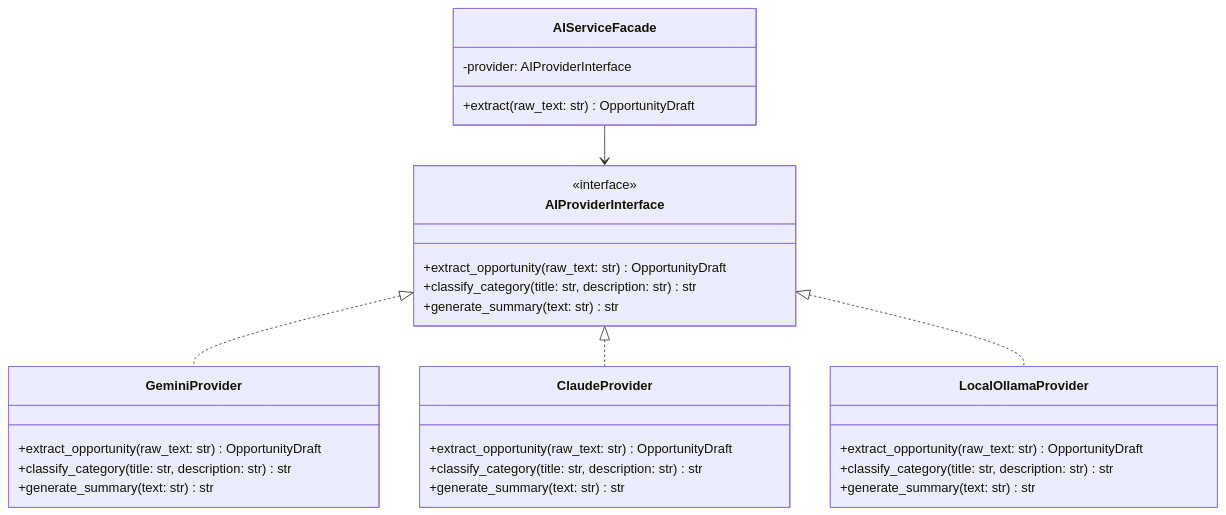
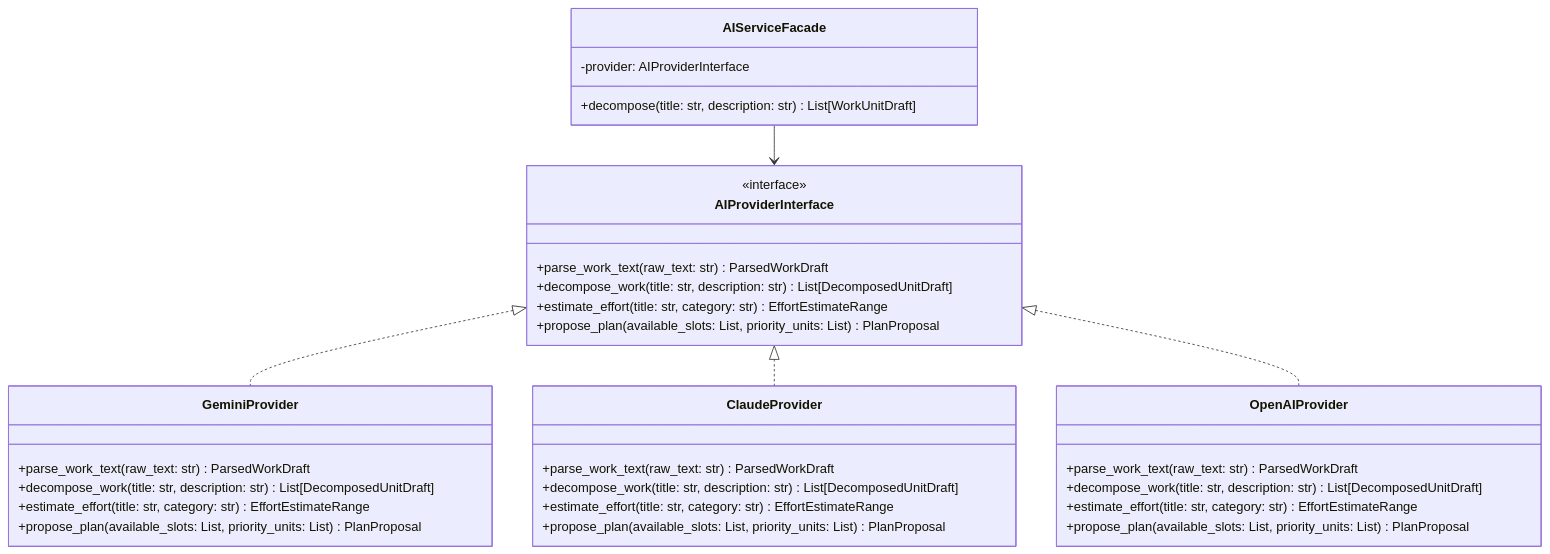
One commit to Kunal-net/deadline-radar changed the second of 5 diagrams in docs/architecture.md. Above: the diagram before and after it, drawn with Mermaid. The commit also changed other lines of this file and 19 other files, not shown here.

````diff
--- a/docs/architecture.md
+++ b/docs/architecture.md
@@ -221,33 +196,37 @@
 ```mermaid
 classDiagram
     class AIProviderInterface {
         <<interface>>
-        +extract_opportunity(raw_text: str) OpportunityDraft
-        +classify_category(title: str, description: str) str
-        +generate_summary(text: str) str
+        +parse_work_text(raw_text: str) ParsedWorkDraft
+        +decompose_work(title: str, description: str) List[DecomposedUnitDraft]
+        +estimate_effort(title: str, category: str) EffortEstimateRange
+        +propose_plan(available_slots: List, priority_units: List) PlanProposal
     }
     class GeminiProvider {
-        +extract_opportunity(raw_text: str) OpportunityDraft
-        +classify_category(title: str, description: str) str
-        +generate_summary(text: str) str
+        +parse_work_text(raw_text: str) ParsedWorkDraft
+        +decompose_work(title: str, description: str) List[DecomposedUnitDraft]
+        +estimate_effort(title: str, category: str) EffortEstimateRange
+        +propose_plan(available_slots: List, priority_units: List) PlanProposal
     }
     class ClaudeProvider {
-        +extract_opportunity(raw_text: str) OpportunityDraft
-        +classify_category(title: str, description: str) str
-        +generate_summary(text: str) str
+        +parse_work_text(raw_text: str) ParsedWorkDraft
+        +decompose_work(title: str, description: str) List[DecomposedUnitDraft]
+        +estimate_effort(title: str, category: str) EffortEstimateRange
+        +propose_plan(available_slots: List, priority_units: List) PlanProposal
     }
-    class LocalOllamaProvider {
-        +extract_opportunity(raw_text: str) OpportunityDraft
-        +classify_category(title: str, description: str) str
-        +generate_summary(text: str) str
+    class OpenAIProvider {
+        +parse_work_text(raw_text: str) ParsedWorkDraft
+        +decompose_work(title: str, description: str) List[DecomposedUnitDraft]
+        +estimate_effort(title: str, category: str) EffortEstimateRange
+        +propose_plan(available_slots: List, priority_units: List) PlanProposal
     }
     class AIServiceFacade {
         -provider: AIProviderInterface
-        +extract(raw_text: str) OpportunityDraft
+        +decompose(title: str, description: str) List[WorkUnitDraft]
     }
 
     AIProviderInterface <|.. GeminiProvider
     AIProviderInterface <|.. ClaudeProvider
-    AIProviderInterface <|.. LocalOllamaProvider
+    AIProviderInterface <|.. OpenAIProvider
     AIServiceFacade --> AIProviderInterface
 ```
````
